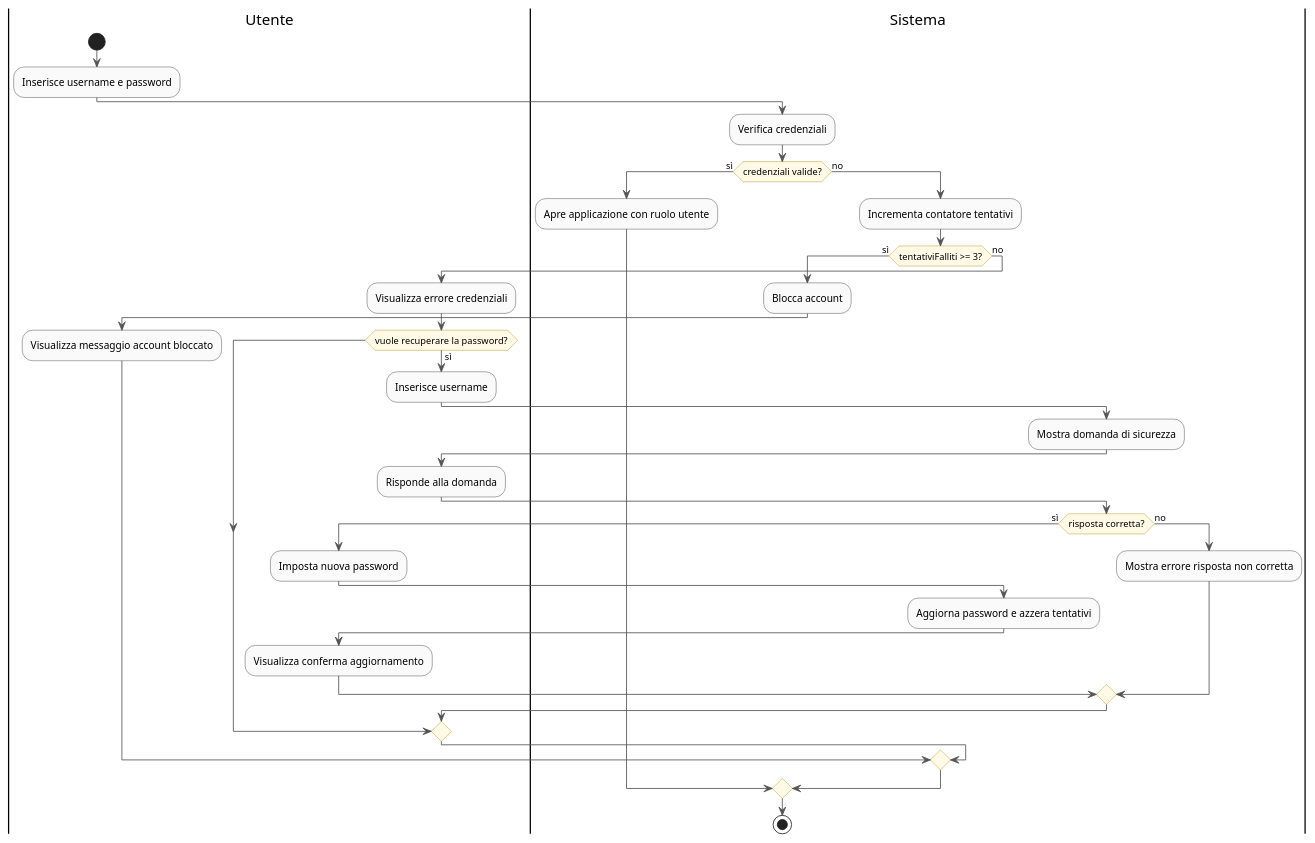
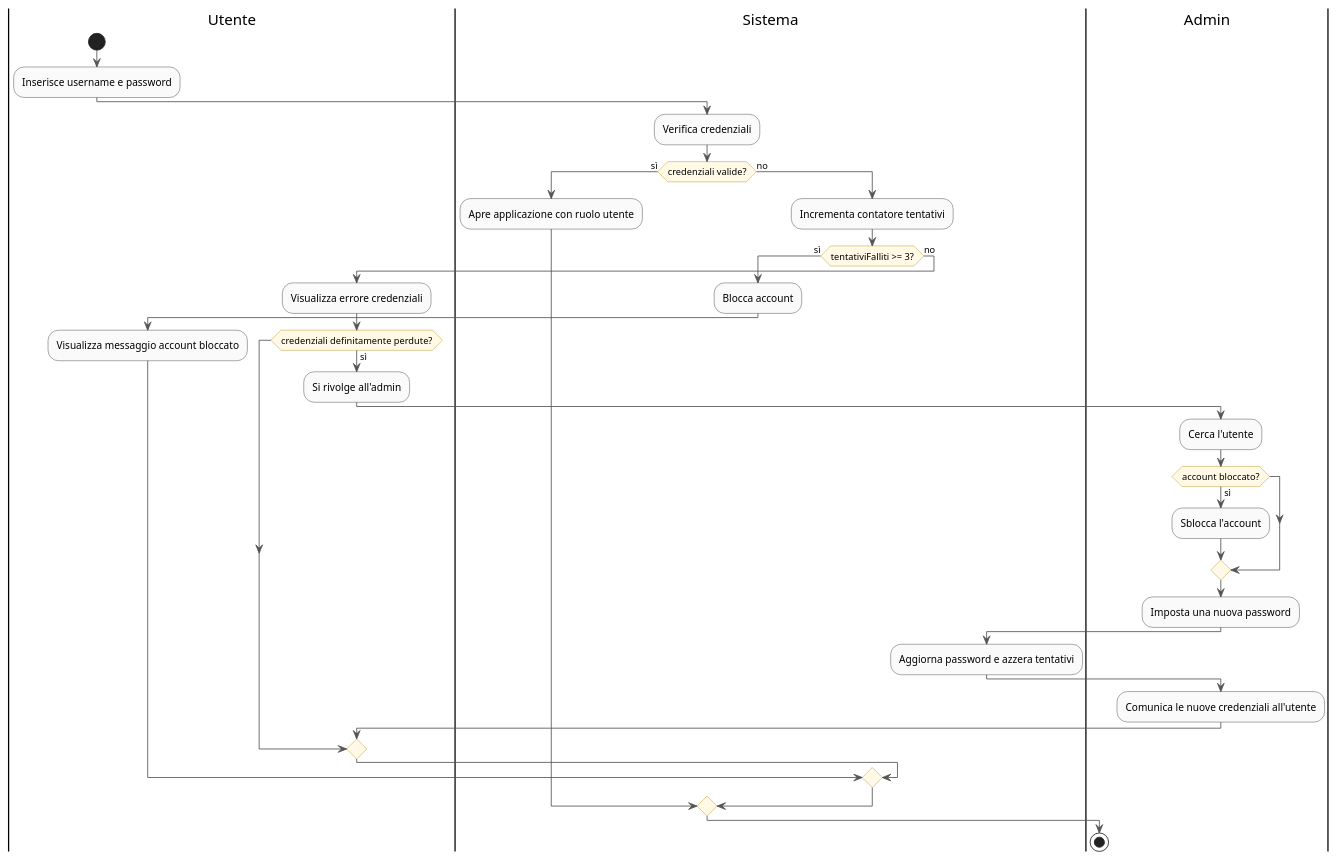
One commit to Dyved33/Appunti-secondo-anno-informatica changed the diagram in Ingegneria del software/Progetto/documentazione/uml/UC1_login_activity.puml. Above: the diagram before and after it, drawn with PlantUML. The commit also changed 228 other files, not shown here.

```diff
--- a/Ingegneria del software/Progetto/documentazione/uml/UC1_login_activity.puml
+++ b/Ingegneria del software/Progetto/documentazione/uml/UC1_login_activity.puml
@@ -1,64 +1,60 @@
 @startuml UC1_Login_AD
 
 skinparam activity {
   BackgroundColor #FAFAFA
   BorderColor #333333
   ArrowColor #555555
   DiamondBackgroundColor #FFF9E6
   DiamondBorderColor #B8860B
 }
 
 |Utente|
 start
 :Inserisce username e password;
 
 |Sistema|
 :Verifica credenziali;
 
 if (credenziali valide?) then (sì)
   :Apre applicazione con ruolo utente;
 
 else (no)
   :Incrementa contatore tentativi;
 
   if (tentativiFalliti >= 3?) then (sì)
     :Blocca account;
     |Utente|
     :Visualizza messaggio account bloccato;
 
   else (no)
     |Utente|
     :Visualizza errore credenziali;
 
-    if (vuole recuperare la password?) then (sì)
-      :Inserisce username;
+    if (credenziali definitamente perdute?) then (sì)
+      |Utente|
+      :Si rivolge all'admin;
+
+      |Admin|
+      :Cerca l'utente;
+
+      if (account bloccato?) then (sì)
+        |Admin|
+        :Sblocca l'account;
+      endif
+
+      |Admin|
+      :Imposta una nuova password;
 
       |Sistema|
-      :Mostra domanda di sicurezza;
+      :Aggiorna password e azzera tentativi;
 
-      |Utente|
-      :Risponde alla domanda;
-
-      |Sistema|
-      if (risposta corretta?) then (sì)
-        |Utente|
-        :Imposta nuova password;
-
-        |Sistema|
-        :Aggiorna password e azzera tentativi;
-
-        |Utente|
-        :Visualizza conferma aggiornamento;
-
-      else (no)
-        |Sistema|
-        :Mostra errore risposta non corretta;
-      endif
+      |Admin|
+      :Comunica le nuove credenziali all'utente;
 
     endif
   endif
 endif
 
 stop
 
 @enduml
```
